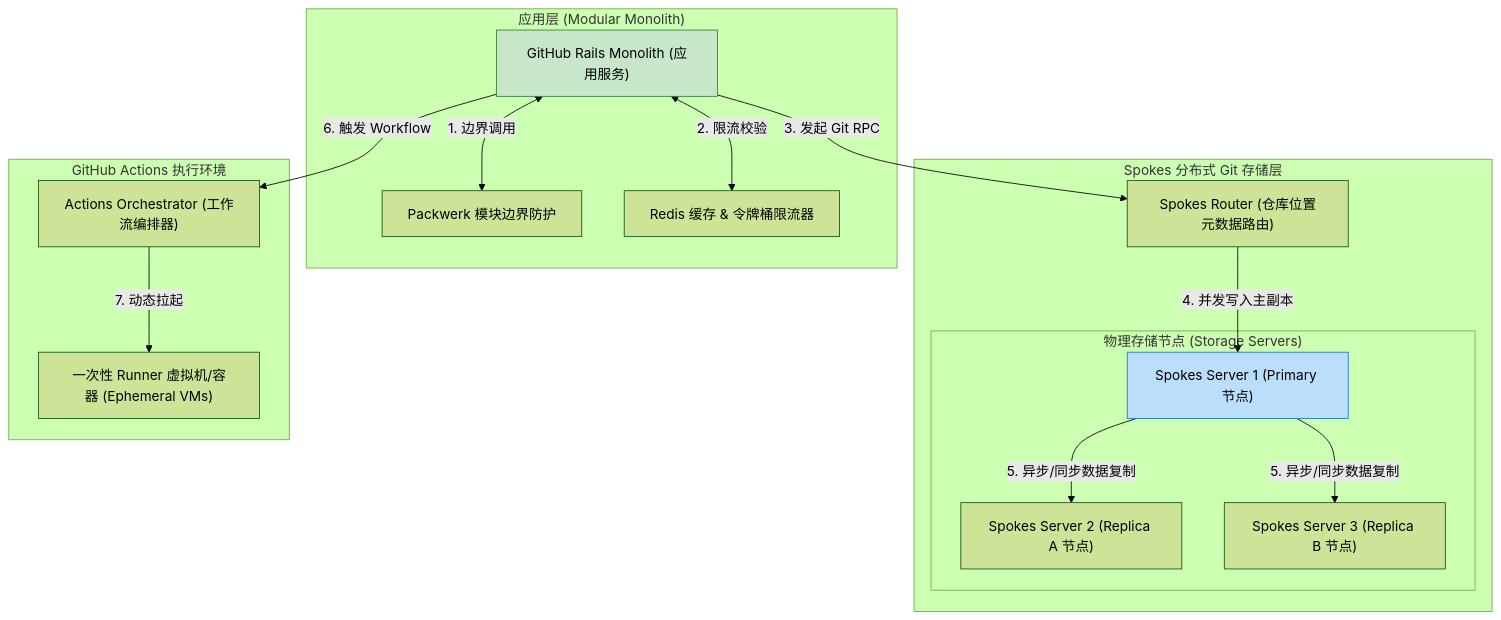
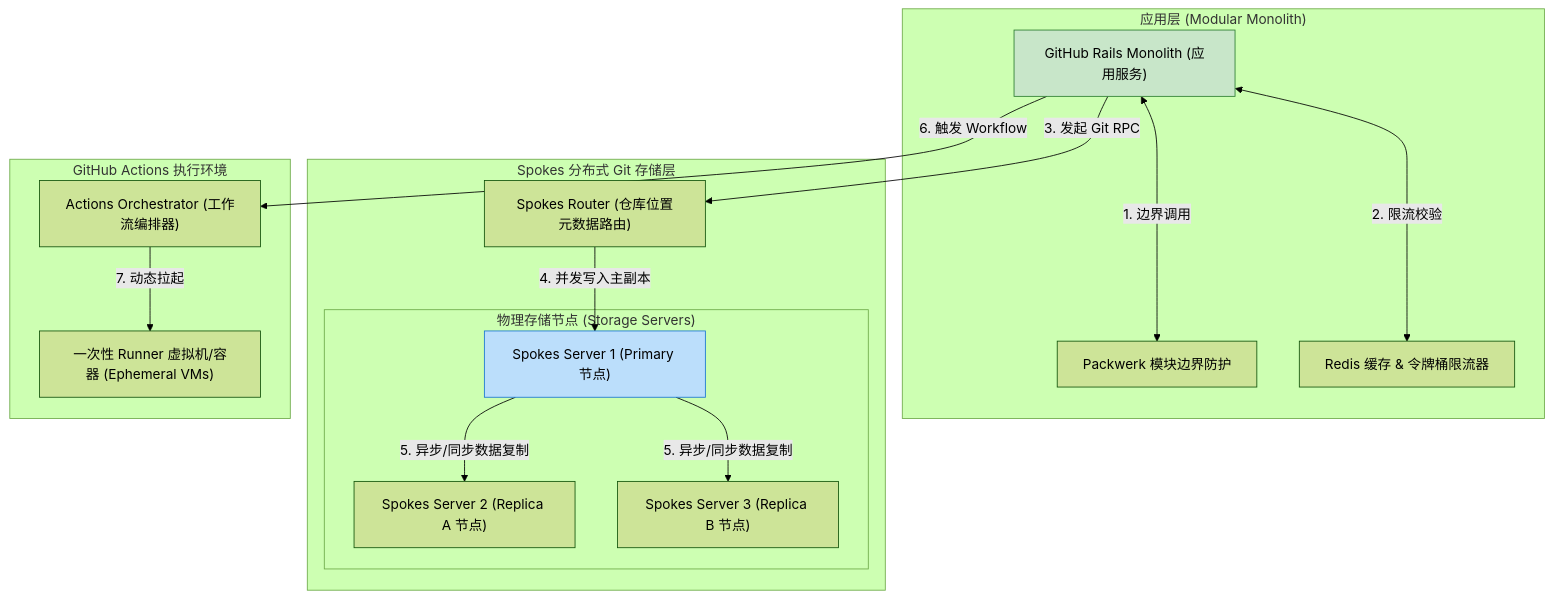
Before and after one commit to koosai/AI-Architect-Learning: the fourth of 6 diagrams in docs/atlas/github.mdx, drawn with Mermaid (forest theme). The commit also changed other lines of this file and 68 other files, not shown here.

Commit message:
fix(atlas): fix browser client-side Mermaid rendering for mindmaps and flowcharts across 67 case studies

````diff
--- a/docs/atlas/github.mdx
+++ b/docs/atlas/github.mdx
@@ -123,37 +123,37 @@
 ```mermaid
 graph TB
   subgraph FrontendWeb["应用层 (Modular Monolith)"]
     RailsApp["GitHub Rails Monolith (应用服务)"]
     PackwerkGuard["Packwerk 模块边界防护"]
     RedisCache["Redis 缓存 & 令牌桶限流器"]
   end
 
   subgraph StorageLayer["Spokes 分布式 Git 存储层"]
     SpokesRouter["Spokes Router (仓库位置元数据路由)"]
     
     subgraph StorageNodes["物理存储节点 (Storage Servers)"]
       SpokesPrimary["Spokes Server 1 (Primary 节点)"]
       SpokesReplicaA["Spokes Server 2 (Replica A 节点)"]
       SpokesReplicaB["Spokes Server 3 (Replica B 节点)"]
     end
   end
 
   subgraph AutomationLayer["GitHub Actions 执行环境"]
     WorkflowScheduler["Actions Orchestrator (工作流编排器)"]
     RunnerVMs["一次性 Runner 虚拟机/容器 (Ephemeral VMs)"]
   end
 
-  RailsApp <-->|1. 边界调用| PackwerkGuard
-  RailsApp <-->|2. 限流校验| RedisCache
+  RailsApp <--->|1. 边界调用| PackwerkGuard
+  RailsApp <--->|2. 限流校验| RedisCache
   RailsApp -->|3. 发起 Git RPC| SpokesRouter
   
   SpokesRouter -->|4. 并发写入主副本| SpokesPrimary
   SpokesPrimary -->|5. 异步/同步数据复制| SpokesReplicaA
   SpokesPrimary -->|5. 异步/同步数据复制| SpokesReplicaB
   
   RailsApp -->|6. 触发 Workflow| WorkflowScheduler
   WorkflowScheduler -->|7. 动态拉起| RunnerVMs
 
   style RailsApp fill:#c8e6c9,stroke:#2e7d32
   style SpokesPrimary fill:#bbdefb,stroke:#1976d2
 ```
````
